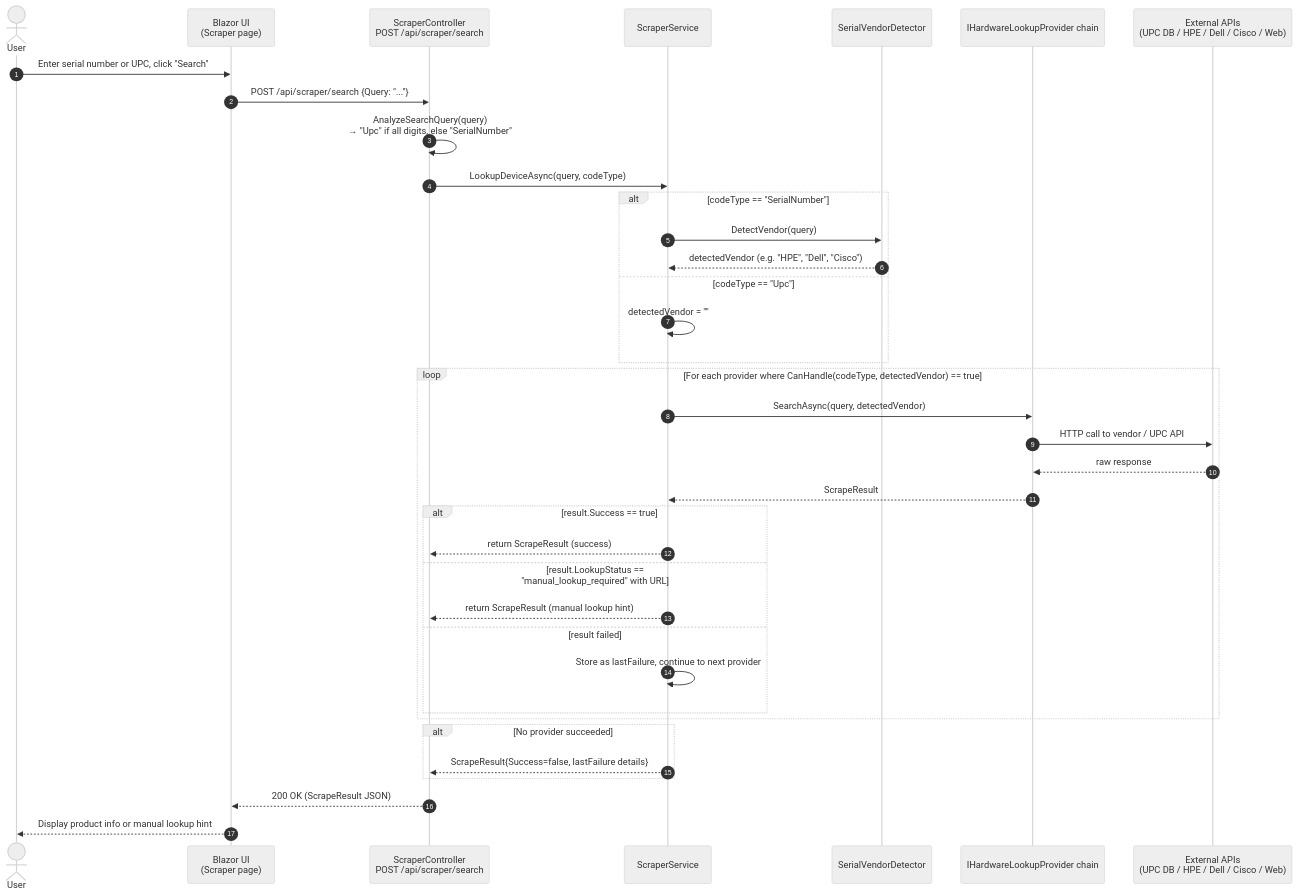
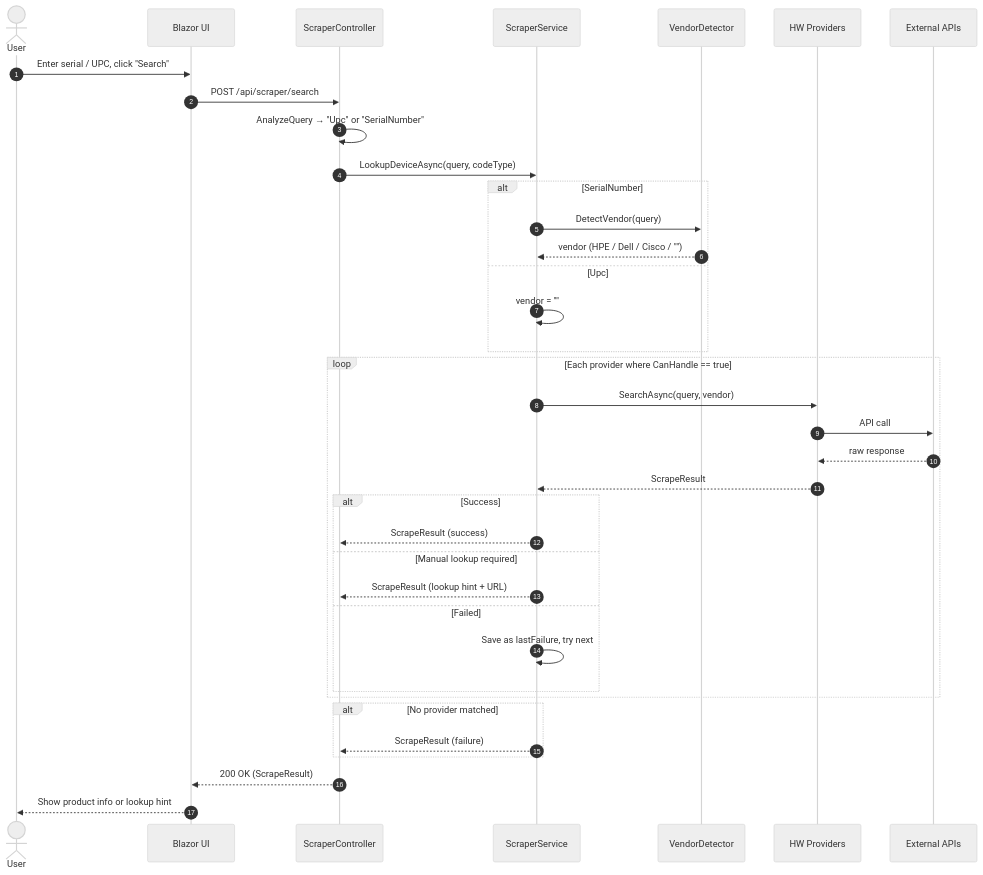
The first of 2 diagrams in docs/diagrams/sequence-hardware-scraping.md (Denzel-Irizarry/HomeLabManager), drawn with Mermaid (neutral theme) before and after one commit. The commit also changed other lines of this file and 4 other files, not shown here.

First line of the commit message:
Improve readability of UML diagrams based on review feedback

````diff
--- a/docs/diagrams/sequence-hardware-scraping.md
+++ b/docs/diagrams/sequence-hardware-scraping.md
@@ -8,46 +8,46 @@
 ```mermaid
 sequenceDiagram
     autonumber
     actor User
-    participant WEBUI as Blazor UI<br/>(Scraper page)
-    participant API as ScraperController<br/>POST /api/scraper/search
-    participant ScraperSvc as ScraperService
-    participant Detector as SerialVendorDetector
-    participant Providers as IHardwareLookupProvider chain
-    participant ExtAPI as External APIs<br/>(UPC DB / HPE / Dell / Cisco / Web)
+    participant UI as Blazor UI
+    participant API as ScraperController
+    participant Svc as ScraperService
+    participant Det as VendorDetector
+    participant Pvd as HW Providers
+    participant Ext as External APIs
 
-    User->>WEBUI: Enter serial number or UPC, click "Search"
-    WEBUI->>API: POST /api/scraper/search {Query: "..."}
+    User->>UI: Enter serial / UPC, click "Search"
+    UI->>API: POST /api/scraper/search
 
-    API->>API: AnalyzeSearchQuery(query)<br/>→ "Upc" if all digits, else "SerialNumber"
-    API->>ScraperSvc: LookupDeviceAsync(query, codeType)
+    API->>API: AnalyzeQuery → "Upc" or "SerialNumber"
+    API->>Svc: LookupDeviceAsync(query, codeType)
 
-    alt codeType == "SerialNumber"
-        ScraperSvc->>Detector: DetectVendor(query)
-        Detector-->>ScraperSvc: detectedVendor (e.g. "HPE", "Dell", "Cisco")
-    else codeType == "Upc"
-        ScraperSvc->>ScraperSvc: detectedVendor = ""
+    alt SerialNumber
+        Svc->>Det: DetectVendor(query)
+        Det-->>Svc: vendor (HPE / Dell / Cisco / "")
+    else Upc
+        Svc->>Svc: vendor = ""
     end
 
-    loop For each provider where CanHandle(codeType, detectedVendor) == true
-        ScraperSvc->>Providers: SearchAsync(query, detectedVendor)
-        Providers->>ExtAPI: HTTP call to vendor / UPC API
-        ExtAPI-->>Providers: raw response
-        Providers-->>ScraperSvc: ScrapeResult
+    loop Each provider where CanHandle == true
+        Svc->>Pvd: SearchAsync(query, vendor)
+        Pvd->>Ext: API call
+        Ext-->>Pvd: raw response
+        Pvd-->>Svc: ScrapeResult
 
-        alt result.Success == true
-            ScraperSvc-->>API: return ScrapeResult (success)
-        else result.LookupStatus == "manual_lookup_required" with URL
-            ScraperSvc-->>API: return ScrapeResult (manual lookup hint)
-        else result failed
-            ScraperSvc->>ScraperSvc: Store as lastFailure, continue to next provider
+        alt Success
+            Svc-->>API: ScrapeResult (success)
+        else Manual lookup required
+            Svc-->>API: ScrapeResult (lookup hint + URL)
+        else Failed
+            Svc->>Svc: Save as lastFailure, try next
         end
     end
 
-    alt No provider succeeded
-        ScraperSvc-->>API: ScrapeResult{Success=false, lastFailure details}
+    alt No provider matched
+        Svc-->>API: ScrapeResult (failure)
     end
 
-    API-->>WEBUI: 200 OK (ScrapeResult JSON)
-    WEBUI-->>User: Display product info or manual lookup hint
+    API-->>UI: 200 OK (ScrapeResult)
+    UI-->>User: Show product info or lookup hint
 ```
````
